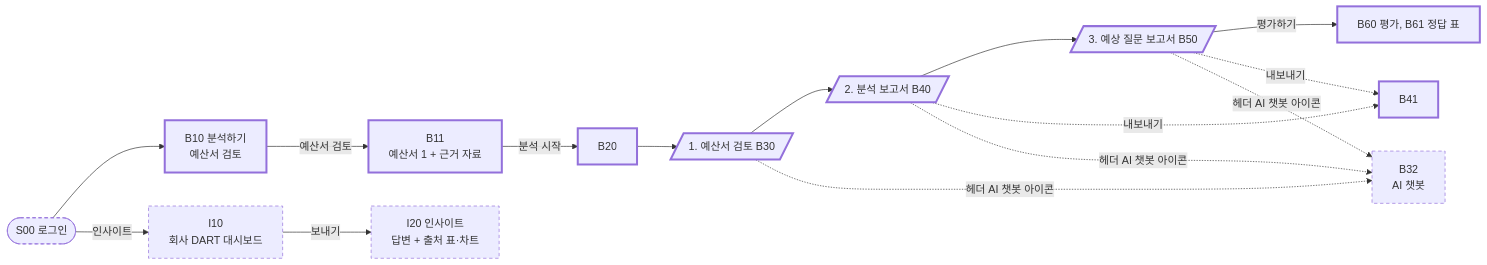
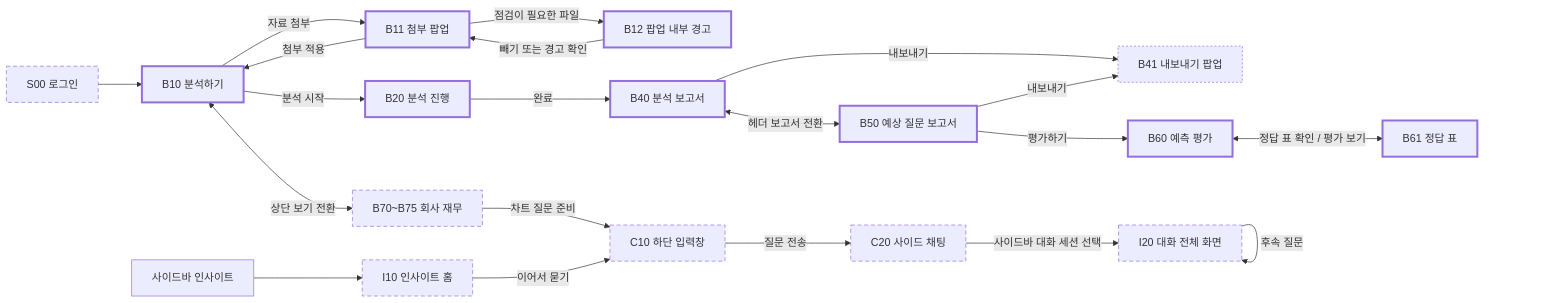
The first of 2 diagrams in docs/frontend/demo/ia.md (vamos-team/telescope), drawn with Mermaid before and after one commit. The commit also changed other lines of this file and 5 other files, not shown here.

````diff
--- a/docs/frontend/demo/ia.md
+++ b/docs/frontend/demo/ia.md
@@ -42,21 +56,26 @@
 ```mermaid
 flowchart LR
   classDef must stroke-width:3px
-  classDef extra stroke-dasharray:5 4
+  classDef should stroke-dasharray:3 3
+  classDef extra stroke-dasharray:6 4
 
-  LOGIN(["S00 로그인"]):::extra --> NEW["B10 분석하기<br/>예산서 검토"]:::must
-  NEW -->|예산서 검토| UP["B11<br/>예산서 1 + 근거 자료"]:::must
-  UP -->|분석 시작| RUN["B20"]:::must
-  RUN --> A1[/"1. 예산서 검토 B30"/]:::must
-  A1 --> R1[/"2. 분석 보고서 B40"/]:::must
-  R1 --> R2[/"3. 예상 질문 보고서 B50"/]:::must
-  R2 -->|평가하기| E1["B60 평가, B61 정답 표"]:::must
-  R1 -. 내보내기 .-> EX["B41"]:::must
-  R2 -. 내보내기 .-> EX
-  A1 -. 헤더 AI 챗봇 아이콘 .-> CHAT["B32<br/>AI 챗봇"]:::extra
-  R1 -. 헤더 AI 챗봇 아이콘 .-> CHAT
-  R2 -. 헤더 AI 챗봇 아이콘 .-> CHAT
-
-  LOGIN -->|인사이트| NF["I10<br/>회사 DART 대시보드"]:::extra
-  NF -->|보내기| FIN["I20 인사이트<br/>답변 + 출처 표·차트"]:::extra
+  S00["S00 로그인"]:::extra --> B10["B10 분석하기"]:::must
+  B10 -->|자료 첨부| B11["B11 첨부 팝업"]:::must
+  B11 -->|점검이 필요한 파일| B12["B12 팝업 내부 경고"]:::must
+  B12 -->|빼기 또는 경고 확인| B11
+  B11 -->|첨부 적용| B10
+  B10 -->|분석 시작| B20["B20 분석 진행"]:::must
+  B20 -->|완료| B40["B40 분석 보고서"]:::must
+  B40 <-->|헤더 보고서 전환| B50["B50 예상 질문 보고서"]:::must
+  B40 -->|내보내기| B41["B41 내보내기 팝업"]:::should
+  B50 -->|내보내기| B41
+  B50 -->|평가하기| B60["B60 예측 평가"]:::must
+  B60 <-->|정답 표 확인 / 평가 보기| B61["B61 정답 표"]:::must
+  B10 <-->|상단 보기 전환| B70["B70~B75 회사 재무"]:::extra
+  NAV["사이드바 인사이트"] --> I10["I10 인사이트 홈"]:::extra
+  B70 -->|차트 질문 준비| C10["C10 하단 입력창"]:::extra
+  I10 -->|이어서 묻기| C10
+  C10 -->|질문 전송| C20["C20 사이드 채팅"]:::extra
+  C20 -->|사이드바 대화 세션 선택| I20["I20 대화 전체 화면"]:::extra
+  I20 -->|후속 질문| I20
 ```
````
